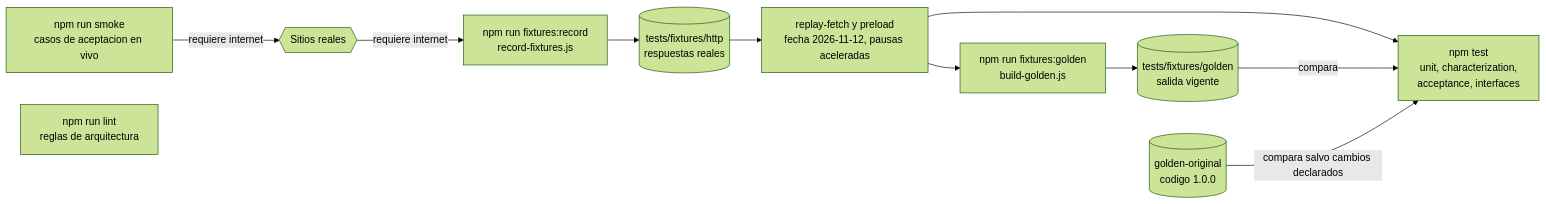
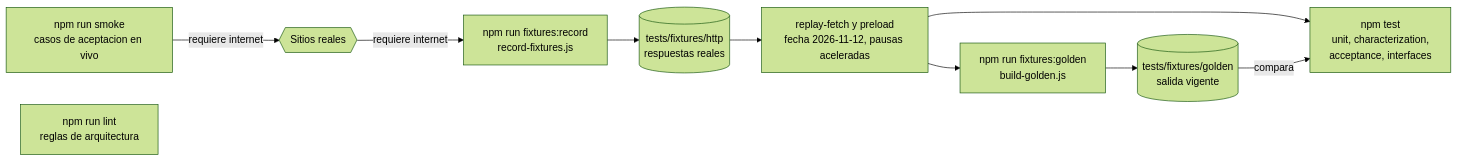
Before and after one commit to sebcld/benefits-aggregator-cl: the diagram in docs/arquitectura/12-estrategia-pruebas.md, drawn with Mermaid (forest theme). The commit also changed other lines of this file and 17 other files, not shown here.

````diff
--- a/docs/arquitectura/12-estrategia-pruebas.md
+++ b/docs/arquitectura/12-estrategia-pruebas.md
@@ -7,21 +7,19 @@
 ```mermaid
 flowchart LR
   sitios{{"Sitios reales"}}
   record["npm run fixtures:record<br/>record-fixtures.js"]
   fixtures[("tests/fixtures/http<br/>respuestas reales")]
   replay["replay-fetch y preload<br/>fecha 2026-11-12, pausas aceleradas"]
   build["npm run fixtures:golden<br/>build-golden.js"]
   golden[("tests/fixtures/golden<br/>salida vigente")]
-  original[("golden-original<br/>codigo 1.0.0")]
   tests["npm test<br/>unit, characterization,<br/>acceptance, interfaces"]
   smoke["npm run smoke<br/>casos de aceptacion en vivo"]
   lint["npm run lint<br/>reglas de arquitectura"]
 
   sitios -->|"requiere internet"| record --> fixtures
   fixtures --> replay
   replay --> build --> golden
   replay --> tests
   golden -->|"compara"| tests
-  original -->|"compara salvo cambios declarados"| tests
   smoke -->|"requiere internet"| sitios
 ```
````
